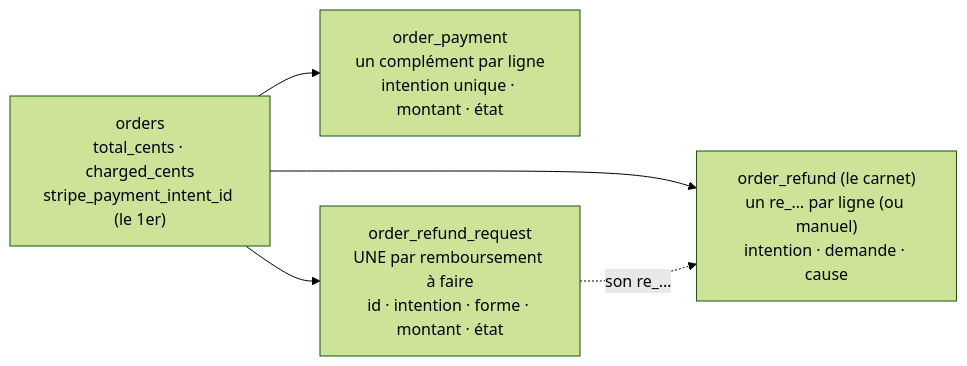
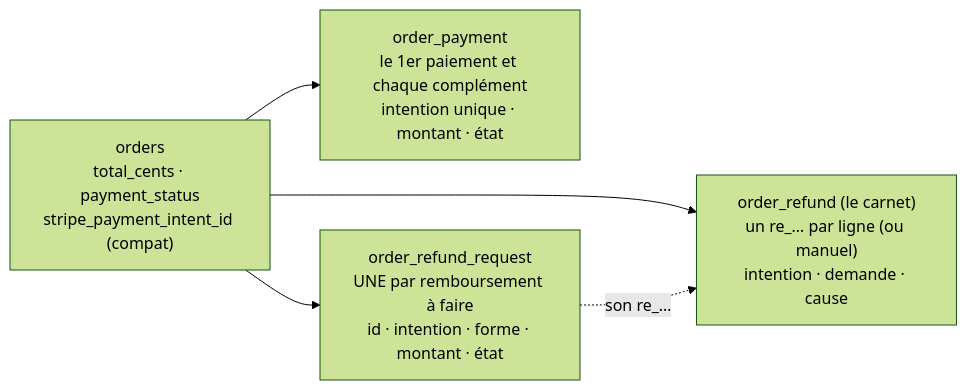
One commit to hugoheynard/lfd changed the first of 4 diagrams in documentation/commandes/modification/plan-m2-historique-de-transactions.md. Above: the diagram before and after it, drawn with Mermaid (forest theme). The commit also changed other lines of this file, not shown here.

````diff
--- a/documentation/commandes/modification/plan-m2-historique-de-transactions.md
+++ b/documentation/commandes/modification/plan-m2-historique-de-transactions.md
@@ -40,11 +40,11 @@
 ```mermaid
 flowchart LR
-  O["orders<br/>total_cents · charged_cents<br/>stripe_payment_intent_id (le 1er)"]
-  P["order_payment<br/>un complément par ligne<br/>intention unique · montant · état"]
+  O["orders<br/>total_cents · payment_status<br/>stripe_payment_intent_id (compat)"]
+  P["order_payment<br/>le 1er paiement et chaque complément<br/>intention unique · montant · état"]
   R["order_refund_request<br/>UNE par remboursement à faire<br/>id · intention · forme · montant · état"]
   L["order_refund (le carnet)<br/>un re_… par ligne (ou manuel)<br/>intention · demande · cause"]
   O --> P
   O --> R
   O --> L
   R -. "son re_…" .-> L
 ```
````
